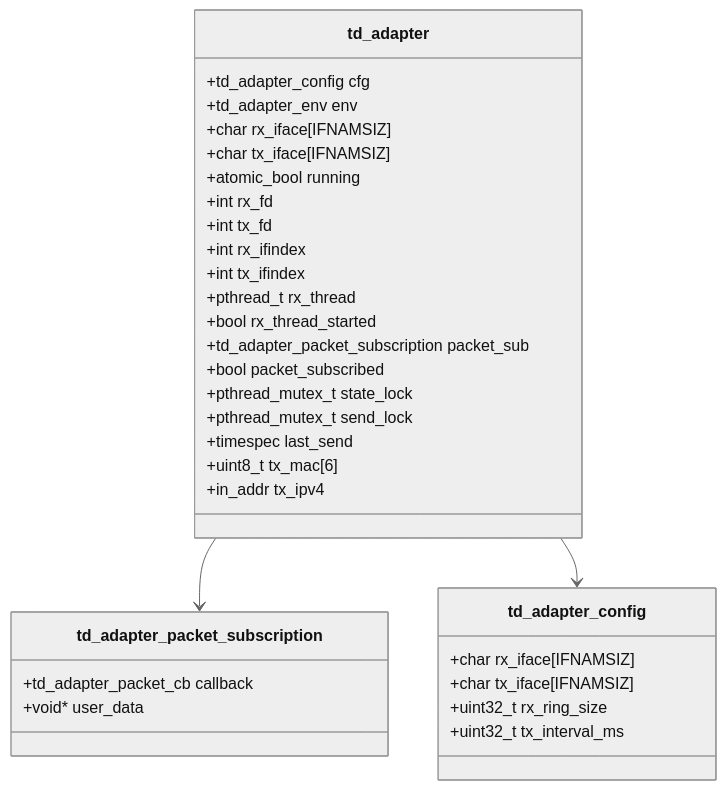
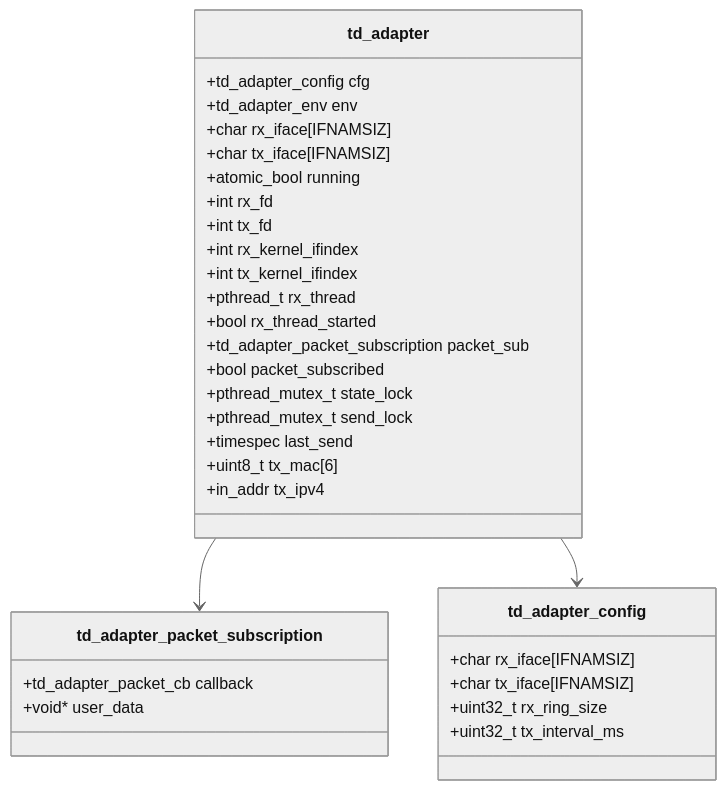
Before and after one commit to adinxu/Demo: the fourth of 8 diagrams in C++/Windows/CodeBlocks/TerminalDiscovery/doc/design/src_overview.md, drawn with Mermaid (neutral theme). The commit also changed other lines of this file and 15 other files, not shown here.

Commit message:
ifindex and kernel ifindex

````diff
--- a/C++/Windows/CodeBlocks/TerminalDiscovery/doc/design/src_overview.md
+++ b/C++/Windows/CodeBlocks/TerminalDiscovery/doc/design/src_overview.md
@@ -259,35 +259,35 @@
 ```mermaid
 classDiagram
   class td_adapter {
     +td_adapter_config cfg
     +td_adapter_env env
     +char rx_iface[IFNAMSIZ]
     +char tx_iface[IFNAMSIZ]
     +atomic_bool running
     +int rx_fd
     +int tx_fd
-    +int rx_ifindex
-    +int tx_ifindex
+  +int rx_kernel_ifindex
+  +int tx_kernel_ifindex
     +pthread_t rx_thread
     +bool rx_thread_started
     +td_adapter_packet_subscription packet_sub
     +bool packet_subscribed
     +pthread_mutex_t state_lock
     +pthread_mutex_t send_lock
     +timespec last_send
     +uint8_t tx_mac[6]
     +in_addr tx_ipv4
   }
   class td_adapter_packet_subscription {
     +td_adapter_packet_cb callback
     +void* user_data
   }
   class td_adapter_config {
     +char rx_iface[IFNAMSIZ]
     +char tx_iface[IFNAMSIZ]
     +uint32_t rx_ring_size
     +uint32_t tx_interval_ms
   }
   td_adapter --> td_adapter_packet_subscription
   td_adapter --> td_adapter_config
 ```
````
